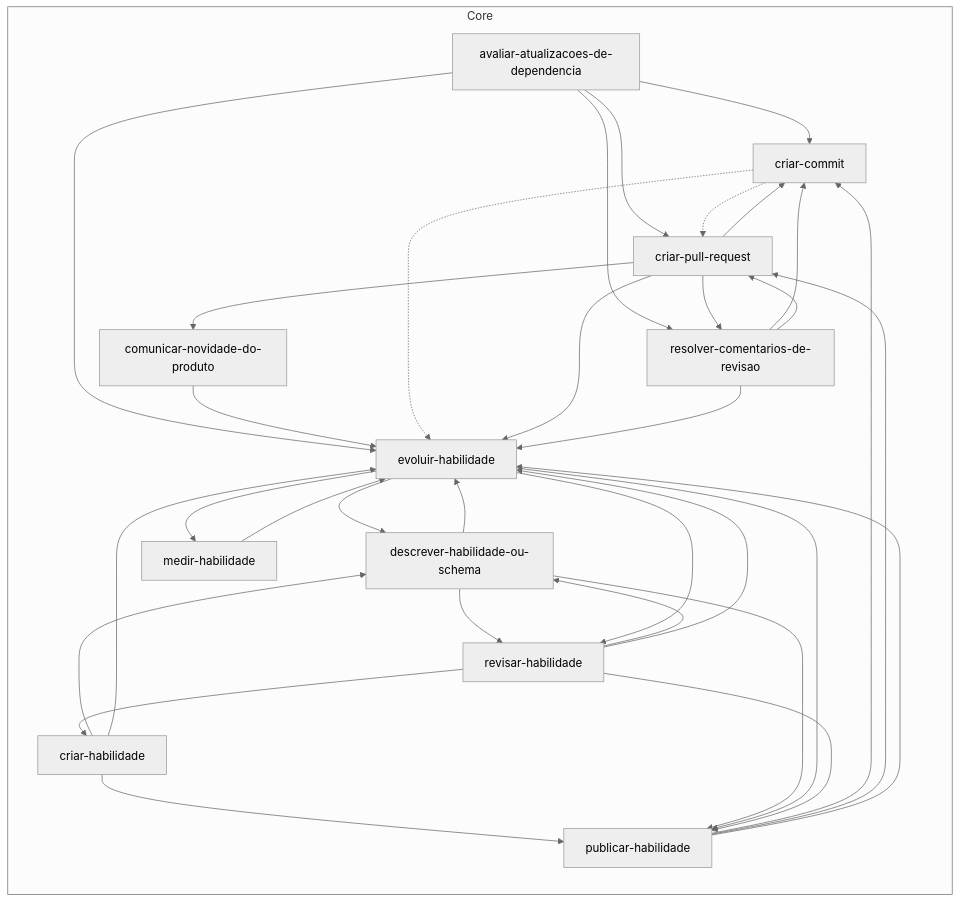
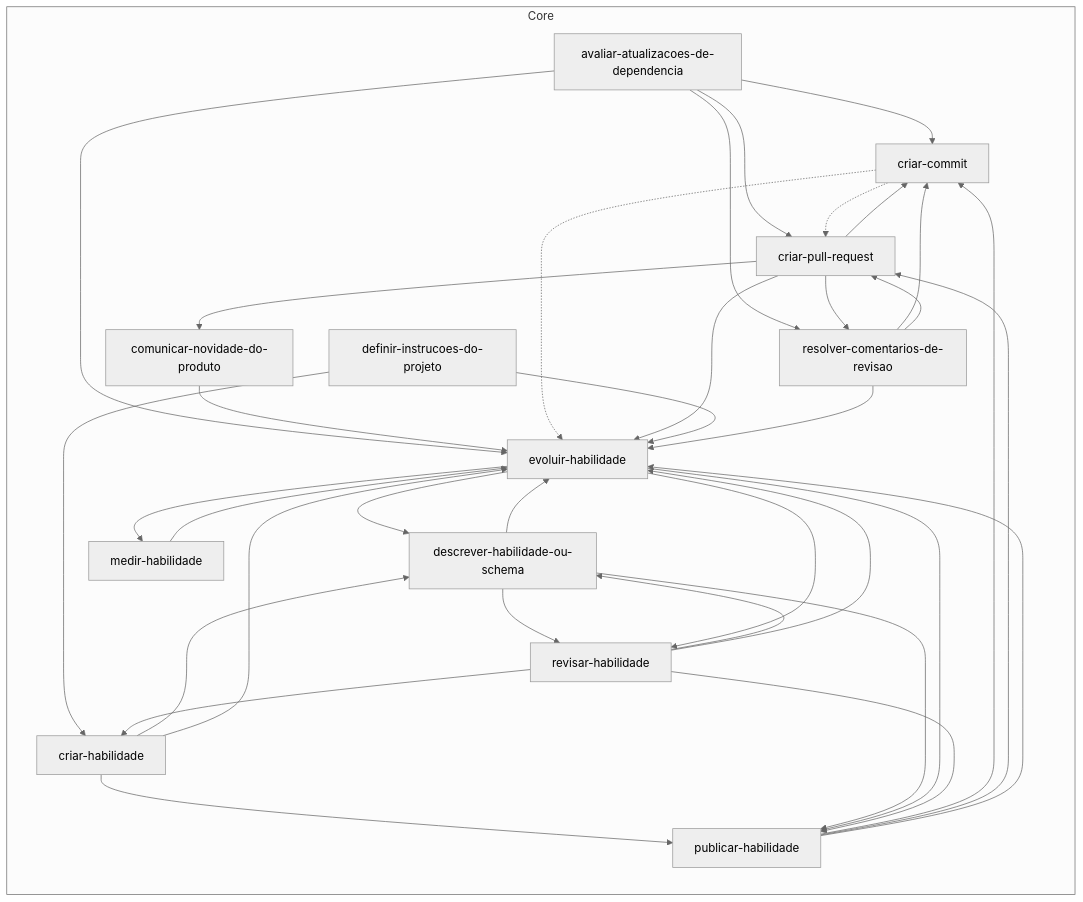
One commit to jimmyandrade/harness changed the diagram in .agents/skills/README.md. Above: the diagram before and after it, drawn with Mermaid (neutral theme). The commit also changed 5 other files, not shown here.

First line of the commit message:
feat(definir-instrucoes-do-projeto): write and review the project instructions (#104)

````diff
--- a/.agents/skills/README.md
+++ b/.agents/skills/README.md
@@ -11,48 +11,51 @@
 ```mermaid
 flowchart LR
   subgraph core["Core"]
     avaliar_atualizacoes_de_dependencia["avaliar-atualizacoes-de-dependencia"]
     comunicar_novidade_do_produto["comunicar-novidade-do-produto"]
     criar_commit["criar-commit"]
     criar_habilidade["criar-habilidade"]
     criar_pull_request["criar-pull-request"]
+    definir_instrucoes_do_projeto["definir-instrucoes-do-projeto"]
     descrever_habilidade_ou_schema["descrever-habilidade-ou-schema"]
     evoluir_habilidade["evoluir-habilidade"]
     medir_habilidade["medir-habilidade"]
     publicar_habilidade["publicar-habilidade"]
     resolver_comentarios_de_revisao["resolver-comentarios-de-revisao"]
     revisar_habilidade["revisar-habilidade"]
   end
   avaliar_atualizacoes_de_dependencia --> criar_commit
   avaliar_atualizacoes_de_dependencia --> criar_pull_request
   avaliar_atualizacoes_de_dependencia --> evoluir_habilidade
   avaliar_atualizacoes_de_dependencia --> resolver_comentarios_de_revisao
   comunicar_novidade_do_produto --> evoluir_habilidade
   criar_commit -.-> criar_pull_request
   criar_commit -.-> evoluir_habilidade
   criar_habilidade --> descrever_habilidade_ou_schema
   criar_habilidade --> evoluir_habilidade
   criar_habilidade --> publicar_habilidade
   criar_pull_request --> comunicar_novidade_do_produto
   criar_pull_request --> criar_commit
   criar_pull_request --> evoluir_habilidade
   criar_pull_request --> resolver_comentarios_de_revisao
+  definir_instrucoes_do_projeto --> criar_habilidade
+  definir_instrucoes_do_projeto --> evoluir_habilidade
   descrever_habilidade_ou_schema --> evoluir_habilidade
   descrever_habilidade_ou_schema --> publicar_habilidade
   descrever_habilidade_ou_schema --> revisar_habilidade
   evoluir_habilidade --> descrever_habilidade_ou_schema
   evoluir_habilidade --> medir_habilidade
   evoluir_habilidade --> publicar_habilidade
   evoluir_habilidade --> revisar_habilidade
   medir_habilidade --> evoluir_habilidade
   publicar_habilidade --> criar_commit
   publicar_habilidade --> criar_pull_request
   publicar_habilidade --> evoluir_habilidade
   resolver_comentarios_de_revisao --> criar_commit
   resolver_comentarios_de_revisao --> criar_pull_request
   resolver_comentarios_de_revisao --> evoluir_habilidade
   revisar_habilidade --> criar_habilidade
   revisar_habilidade --> descrever_habilidade_ou_schema
   revisar_habilidade --> evoluir_habilidade
   revisar_habilidade --> publicar_habilidade
 ```
````
